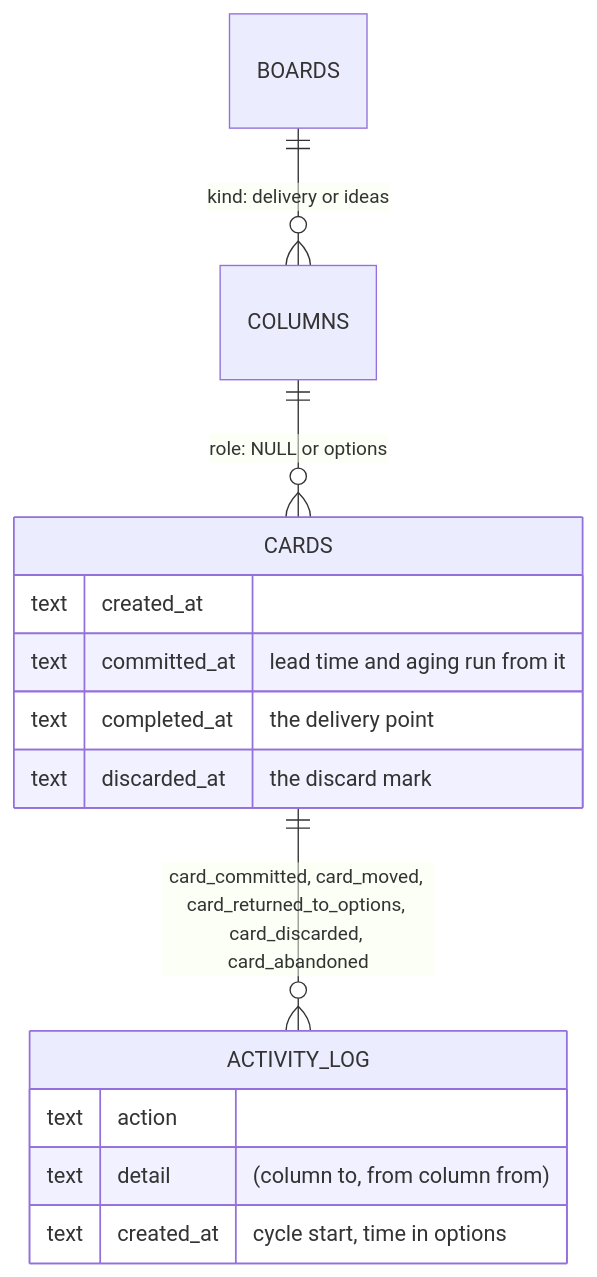
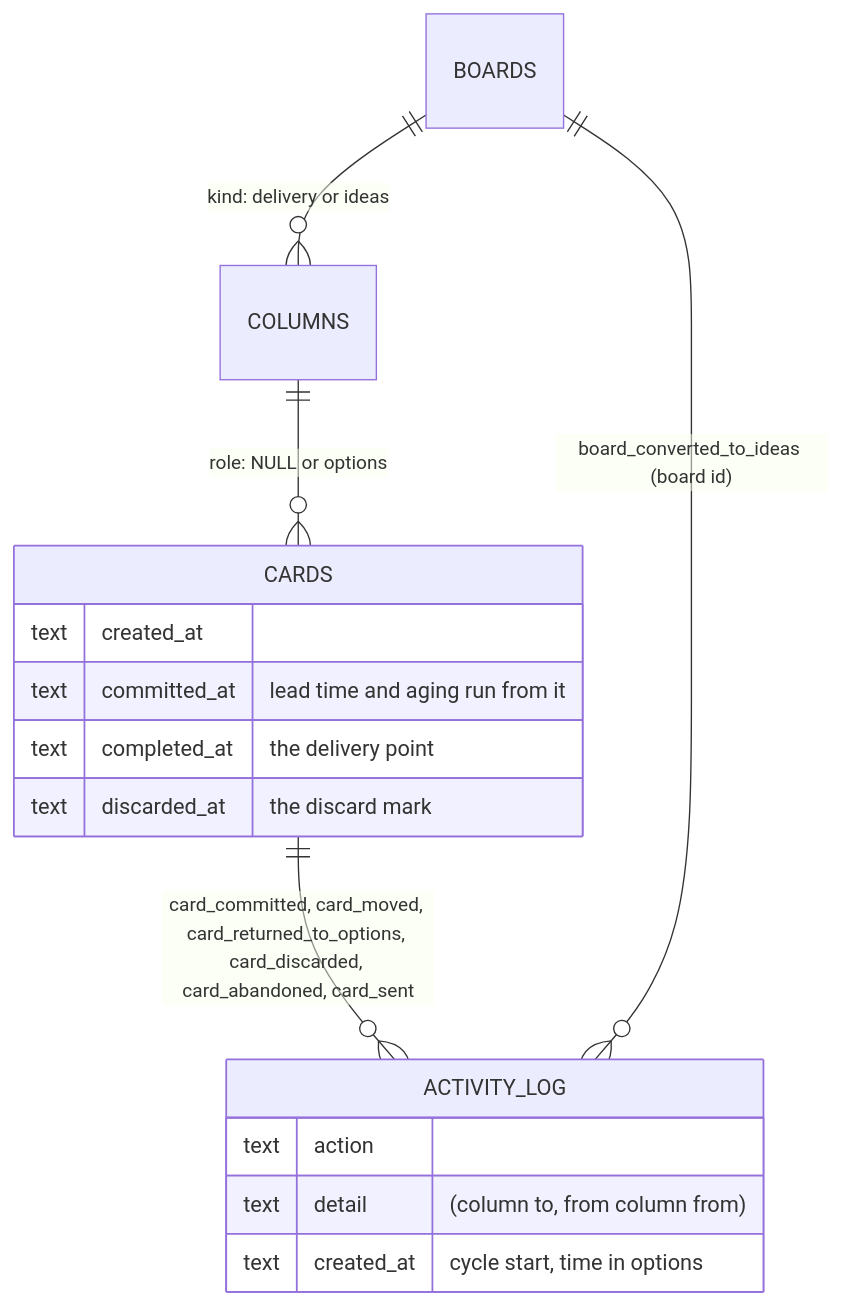
Before and after one commit to gitBoon/DumpFire: diagram 14 of 19 in docs/data-model.md, drawn with Mermaid. The commit also changed other lines of this file and 36 other files, not shown here.

````diff
--- a/docs/data-model.md
+++ b/docs/data-model.md
@@ -1252,17 +1317,18 @@
 ```mermaid
 erDiagram
     BOARDS ||--o{ COLUMNS : "kind: delivery or ideas"
     COLUMNS ||--o{ CARDS : "role: NULL or options"
-    CARDS ||--o{ ACTIVITY_LOG : "card_committed, card_moved, card_returned_to_options, card_discarded, card_abandoned"
+    CARDS ||--o{ ACTIVITY_LOG : "card_committed, card_moved, card_returned_to_options, card_discarded, card_abandoned, card_sent"
+    BOARDS ||--o{ ACTIVITY_LOG : "board_converted_to_ideas (board id)"
     CARDS {
         text created_at
         text committed_at "lead time and aging run from it"
         text completed_at "the delivery point"
         text discarded_at "the discard mark"
     }
     ACTIVITY_LOG {
         text action
         text detail "(column to, from column from)"
         text created_at "cycle start, time in options"
     }
 ```
````
